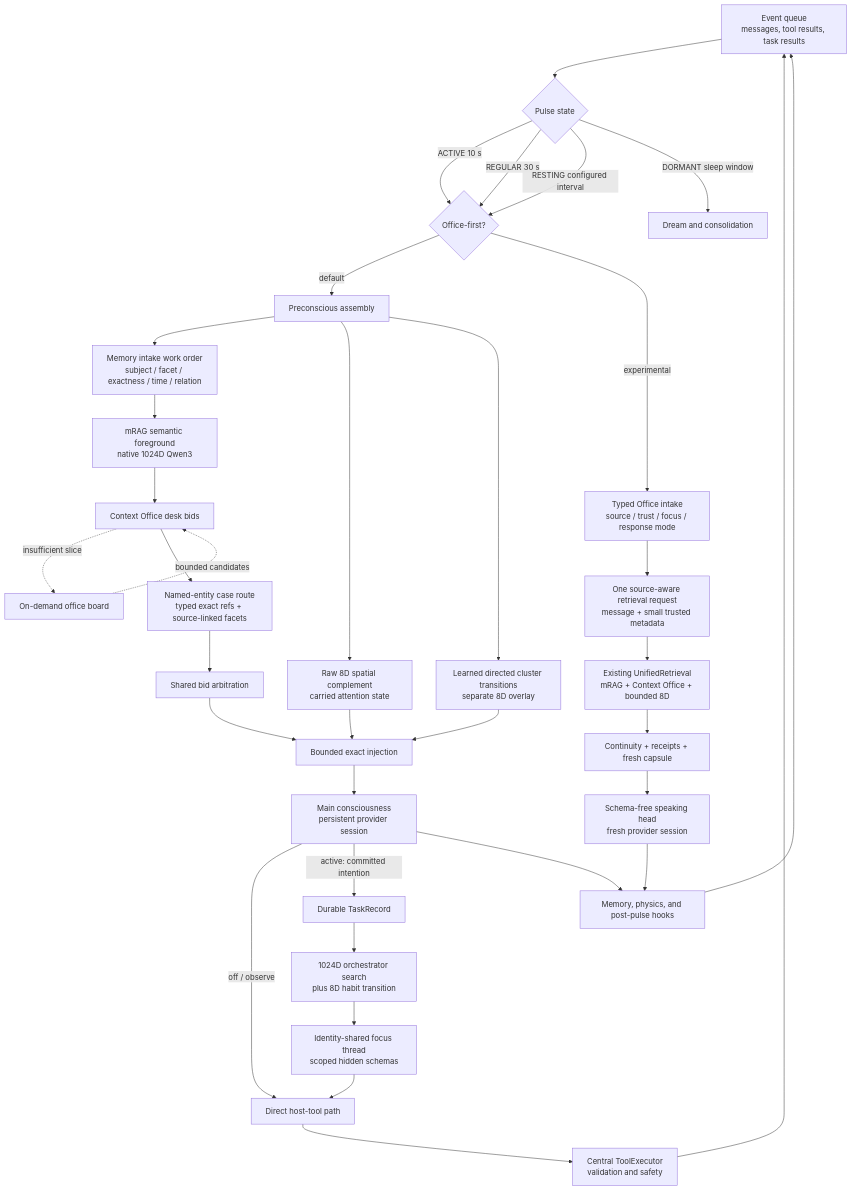
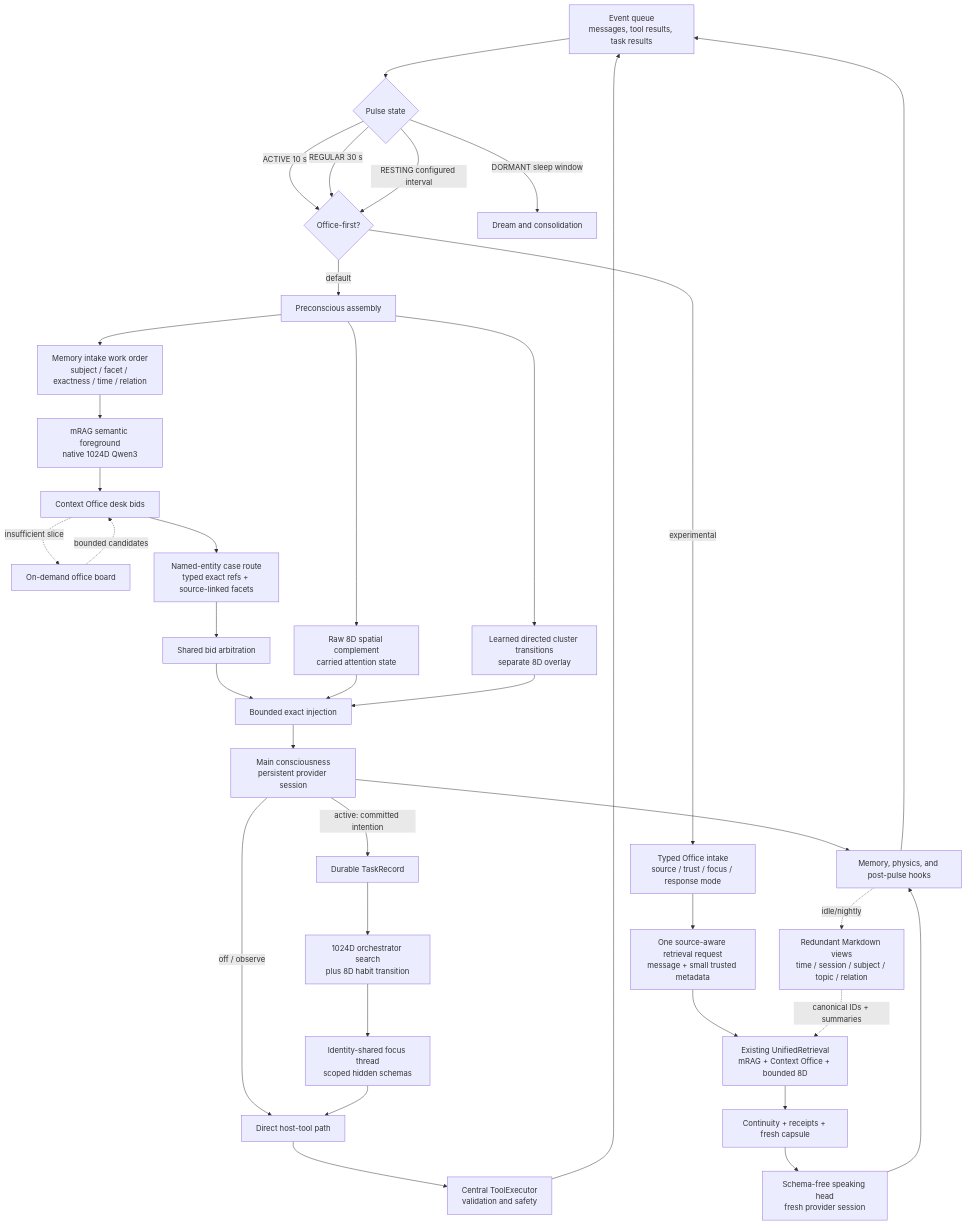
The diagram in documents/architecture_current.md (munch2u-a11y/Helix-AGI), drawn with Mermaid before and after one commit. The commit also changed other lines of this file and 11 other files, not shown here.

````diff
--- a/documents/architecture_current.md
+++ b/documents/architecture_current.md
@@ -12,42 +12,44 @@
 ```mermaid
 flowchart TD
     E[Event queue<br/>messages, tool results, task results] --> P{Pulse state}
     P -->|ACTIVE 10 s| OF{Office-first?}
     P -->|REGULAR 30 s| OF
     P -->|RESTING configured interval| OF
     P -->|DORMANT sleep window| D[Dream and consolidation]
 
     OF -->|default| R[Preconscious assembly]
     OF -->|experimental| OE[Typed Office intake<br/>source / trust / focus / response mode]
 
     R --> W[Memory intake work order<br/>subject / facet / exactness / time / relation]
     W --> M[mRAG semantic foreground<br/>native 1024D Qwen3]
     R --> S[Raw 8D spatial complement<br/>carried attention state]
     R --> A[Learned directed cluster transitions<br/>separate 8D overlay]
     M --> CO[Context Office desk bids]
     CO -. insufficient slice .-> B[On-demand office board]
     B -. bounded candidates .-> CO
     CO --> K[Named-entity case route<br/>typed exact refs + source-linked facets]
     K --> V[Shared bid arbitration]
     V --> I[Bounded exact injection]
     S --> I
     A --> I
     I --> C[Main consciousness<br/>persistent provider session]
 
     OE --> OQ[One source-aware retrieval request<br/>message + small trusted metadata]
     OQ --> OU[Existing UnifiedRetrieval<br/>mRAG + Context Office + bounded 8D]
     OU --> OC[Continuity + receipts + fresh capsule]
     OC --> OS[Schema-free speaking head<br/>fresh provider session]
     OS --> H
 
     C -->|off / observe| X[Direct host-tool path]
     C -->|active: committed intention| T[Durable TaskRecord]
     T --> TO[1024D orchestrator search<br/>plus 8D habit transition]
     TO --> F[Identity-shared focus thread<br/>scoped hidden schemas]
     F --> X
     X --> Q[Central ToolExecutor<br/>validation and safety]
     Q --> E
 
     C --> H[Memory, physics, and post-pulse hooks]
+    H -. idle/nightly .-> ML[Redundant Markdown views<br/>time / session / subject / topic / relation]
+    ML -. canonical IDs + summaries .-> OU
     H --> E
 ```
````
